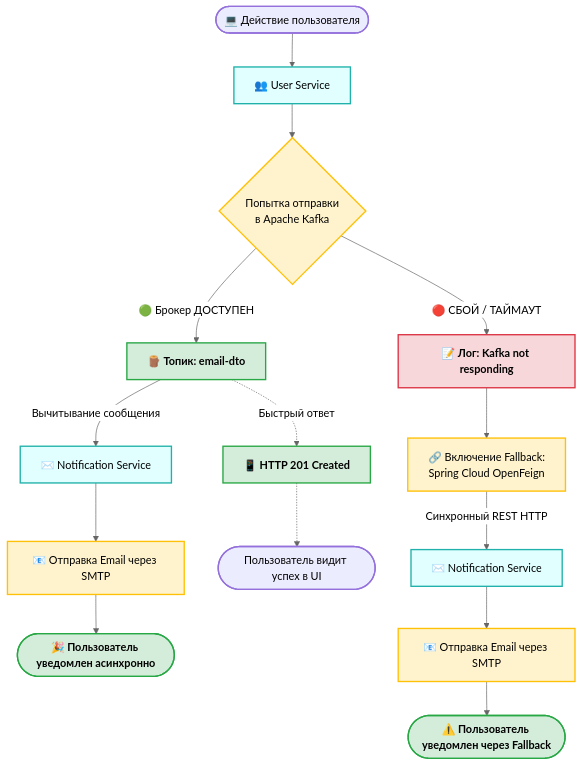
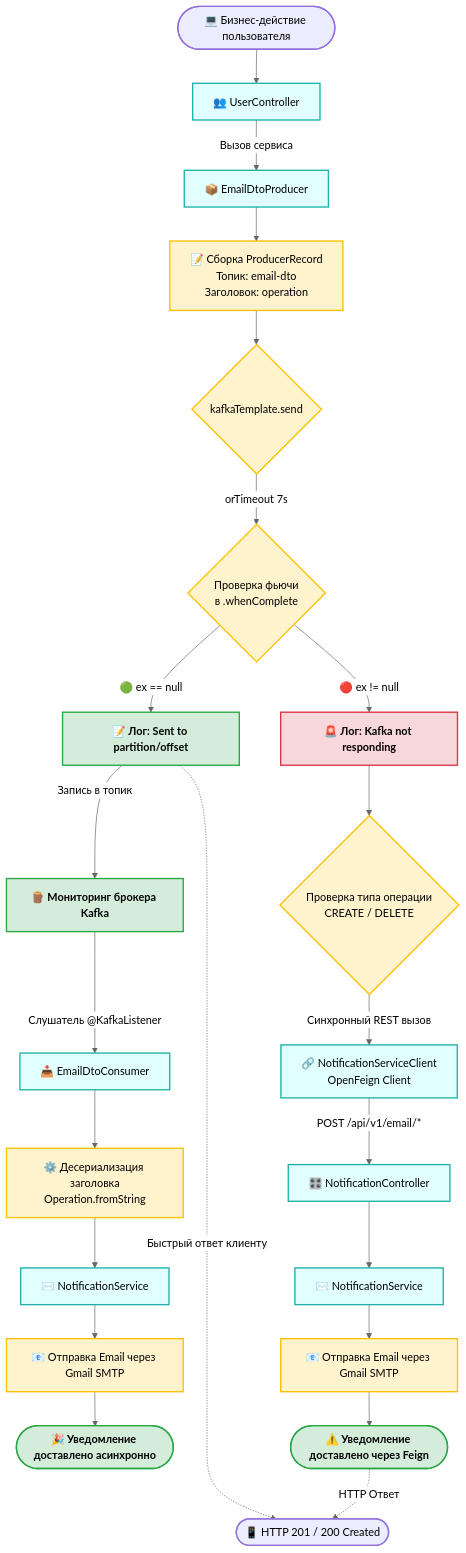
The diagram in README.md (maxitool/user-service), drawn with Mermaid (neutral theme) before and after one commit. The commit also changed other lines of this file, not shown here.

````diff
--- a/README.md
+++ b/README.md
@@ -128,36 +128,49 @@
 ```mermaid
 flowchart TD
-    %% Основные узлы потока данных
-    Start([💻 Действие пользователя]) --> US[👥 User Service]
-    US --> Check{Попытка отправки<br/>в Apache Kafka}
-    
-    %% Основной путь (Асинхронный Happy Path)
-    Check -->|🟢 Брокер ДОСТУПЕН| Kafka[🪵 Топик: email-dto]
-    Kafka -->|Вычитывание сообщения| NS_Async[✉️ Notification Service]
-    NS_Async --> Send_Mail1[📧 Отправка Email через SMTP]
-    Send_Mail1 --> Success_End([🎉 Пользователь уведомлен асинхронно])
-
-    %% Быстрый ответ клиенту при штатном режиме (Параллельный поток)
-    Kafka -.->|Быстрый ответ| Return_Client[📱 HTTP 201 Created]
-    Return_Client -.-> End_User([Пользователь видит успех в UI])
-
-    %% Резервный путь (Аварийный Fallback)
-    Check -->|🔴 СБОЙ / ТАЙМАУТ| Log_Error[📝 Лог: Kafka not responding]
-    Log_Error --> Feign[🔗 Включение Fallback:<br/>Spring Cloud OpenFeign]
-    Feign -->|Синхронный REST HTTP| NS_Sync[✉️ Notification Service]
-    NS_Sync --> Send_Mail2[📧 Отправка Email через SMTP]
-    Send_Mail2 --> Fallback_End([⚠️ Пользователь уведомлен через Fallback])
-
-    %% Декларативное назначение стилей оформления (Вынесено отдельно для фикса парсера)
+    %% Стилизация блоков
     classDef client fill:#ececff,stroke:#9370db,stroke-width:2px;
     classDef core fill:#e1ffff,stroke:#20b2aa,stroke-width:2px;
     classDef success fill:#d4edda,stroke:#28a745,stroke-width:2px,font-weight:bold;
     classDef fail fill:#f8d7da,stroke:#dc3545,stroke-width:2px,font-weight:bold;
     classDef action fill:#fff3cd,stroke:#ffc107,stroke-width:2px;
 
-    class Start,End_User client;
-    class US,NS_Async,NS_Sync core;
-    class Check,Feign,Send_Mail1,Send_Mail2 action;
-    class Kafka,Return_Client,Success_End,Fallback_End success;
-    class Log_Error fail;
+    Start([💻 Бизнес-действие пользователя]) --> Controller[👥 UserController]
+    Controller -->|Вызов сервиса| Producer[📦 EmailDtoProducer]
+    
+    %% Попытка отправки и асинхронный фьючер
+    Producer --> CreateRecord[📝 Сборка ProducerRecord<br/>Топик: email-dto<br/>Заголовок: operation]
+    CreateRecord --> KafkaSend{kafkaTemplate.send}
+    
+    %% Развилка по whenComplete
+    KafkaSend -->|orTimeout 7s| FutureCheck{Проверка фьючи<br/>в .whenComplete}
+    
+    %% Сценарий А: Успешная отправка в брокер (Асинхронный Happy Path)
+    FutureCheck -->|🟢 ex == null| SuccessLog[📝 Лог: Sent to partition/offset]
+    SuccessLog -.->|Быстрый ответ клиенту| HTTP_201([📱 HTTP 201 / 200 Created])
+    
+    KafkaBroker[🪵 Мониторинг брокера Kafka] -->|Слушатель @KafkaListener| Consumer[📥 EmailDtoConsumer]
+    SuccessLog -->|Запись в топик| KafkaBroker
+    
+    Consumer --> ParseHeader[⚙️ Десериализация заголовка<br/>Operation.fromString]
+    ParseHeader --> NS_Async[✉️ NotificationService]
+    NS_Async --> Send_Mail1[📧 Отправка Email через Gmail SMTP]
+    Send_Mail1 --> Success_End([🎉 Уведомление доставлено асинхронно])
+
+    %% Сценарий Б: Аварийная деградация (Синхронный Fallback-путь)
+    FutureCheck -->|🔴 ex != null| FallbackTrigger[🚨 Лог: Kafka not responding]
+    FallbackTrigger --> FeignCheck{Проверка типа операции<br/>CREATE / DELETE}
+    
+    FeignCheck -->|Синхронный REST вызов| FeignClient[🔗 NotificationServiceClient<br/>OpenFeign Client]
+    FeignClient -->|POST /api/v1/email/*| NS_Controller[🎛️ NotificationController]
+    NS_Controller --> NS_Sync[✉️ NotificationService]
+    NS_Sync --> Send_Mail2[📧 Отправка Email через Gmail SMTP]
+    Send_Mail2 --> Fallback_End([⚠️ Уведомление доставлено через Feign])
+    Fallback_End -.->|HTTP Ответ| HTTP_201
+
+    %% Назначение стилей
+    class Start,HTTP_201 client;
+    class Controller,Producer,Consumer,FeignClient,NS_Controller,NS_Sync,NS_Async core;
+    class CreateRecord,KafkaSend,FutureCheck,FeignCheck,ParseHeader,Send_Mail1,Send_Mail2 action;
+    class SuccessLog,KafkaBroker,Success_End,Fallback_End success;
+    class FallbackTrigger fail;
 ```
````
